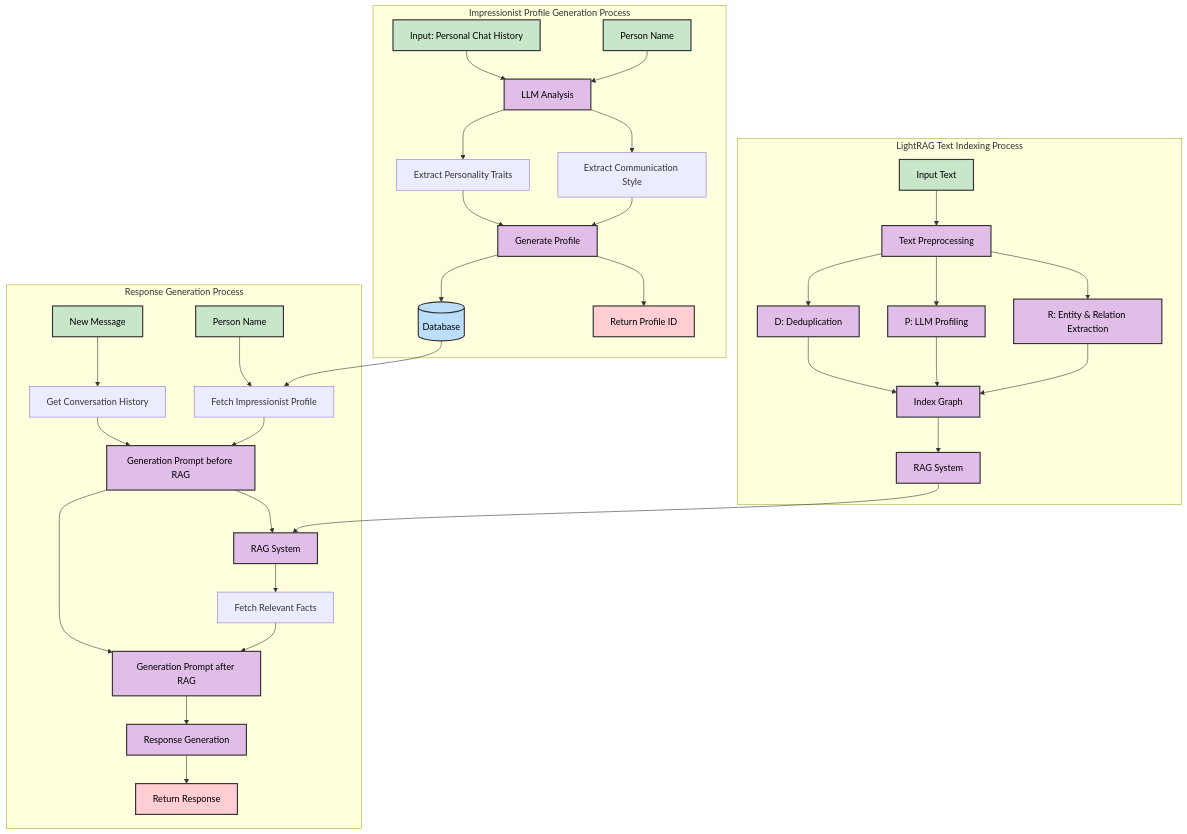
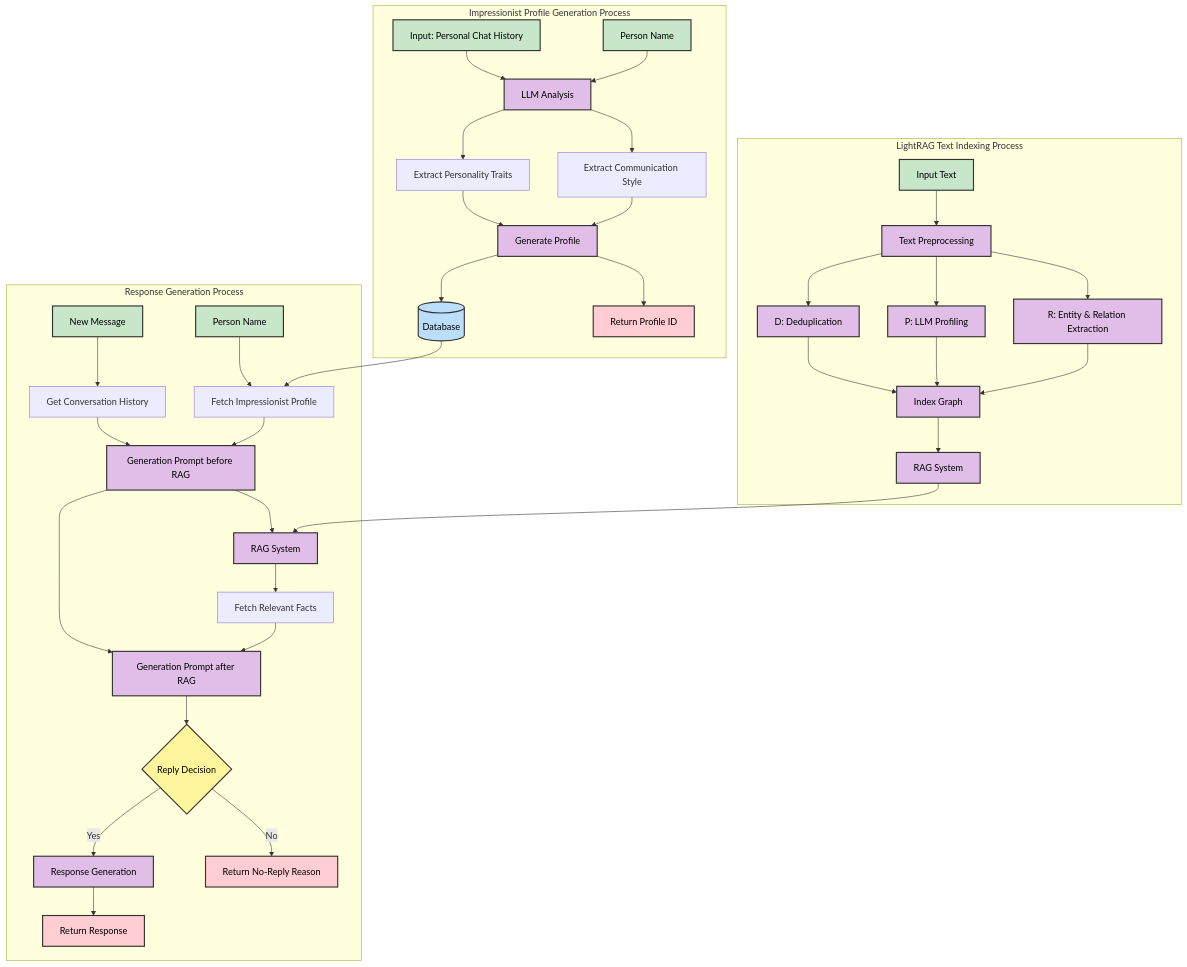
Before and after one commit to BiboyQG/Impressionist-AI-Services: the diagram in assets/system-flow.mermaid, drawn with Mermaid. The commit also changed 1 other file, not shown here.

Commit message:
feat: reply or not

```diff
--- a/assets/system-flow.mermaid
+++ b/assets/system-flow.mermaid
@@ -1,43 +1,47 @@
 graph TB
     subgraph "Impressionist Profile Generation Process"
         A[Input: Personal Chat History] --> B[LLM Analysis]
         C[Person Name] --> B
         B --> D[Extract Personality Traits]
         B --> E[Extract Communication Style]
         D --> F[Generate Profile]
         E --> F
         F --> G[(Database)]
         F --> H[Return Profile ID]
     end
     subgraph "LightRAG Text Indexing Process"
         S[Input Text] --> T[Text Preprocessing]
         T --> U[D: Deduplication]
         T --> V[P: LLM Profiling]
         T --> W[R: Entity & Relation Extraction]
         U --> X[Index Graph]
         V --> X
         W --> X
         X --> Y[RAG System]
     end
     subgraph "Response Generation Process"
         I[New Message] --> J[Get Conversation History]
         K[Person Name] --> L[Fetch Impressionist Profile]
         G --> L
         J --> M[Generation Prompt before RAG]
         L --> M
         M --> N[RAG System]
         Y --> N
         N --> O[Fetch Relevant Facts]
         M --> Q[Generation Prompt after RAG]
         O --> Q
-        Q --> P[Response Generation]
+        Q --> Z{Reply Decision}
+        Z -->|Yes| P[Response Generation]
+        Z -->|No| NoReply[Return No-Reply Reason]
         P --> R[Return Response]
     end
     classDef process fill:#e1bee7,stroke:#333,stroke-width:2px,color:#000
     classDef storage fill:#bbdefb,stroke:#333,stroke-width:2px,color:#000
     classDef input fill:#c8e6c9,stroke:#333,stroke-width:2px,color:#000
     classDef output fill:#ffcdd2,stroke:#333,stroke-width:2px,color:#000
+    classDef decision fill:#fff59d,stroke:#333,stroke-width:2px,color:#000
     class B,F,M,N,P,Q,T,U,V,W,X,Y process
     class G storage
     class A,C,I,K,S input
-    class H,R output
+    class H,R,NoReply output
+    class Z decision
```
